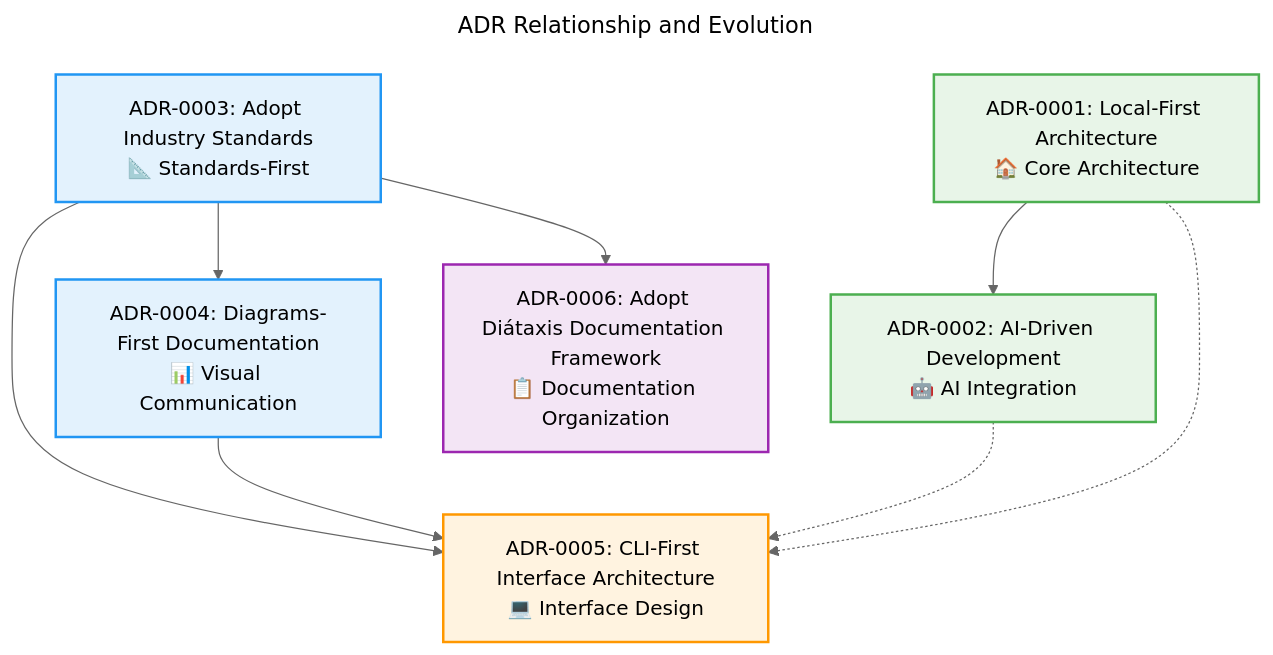
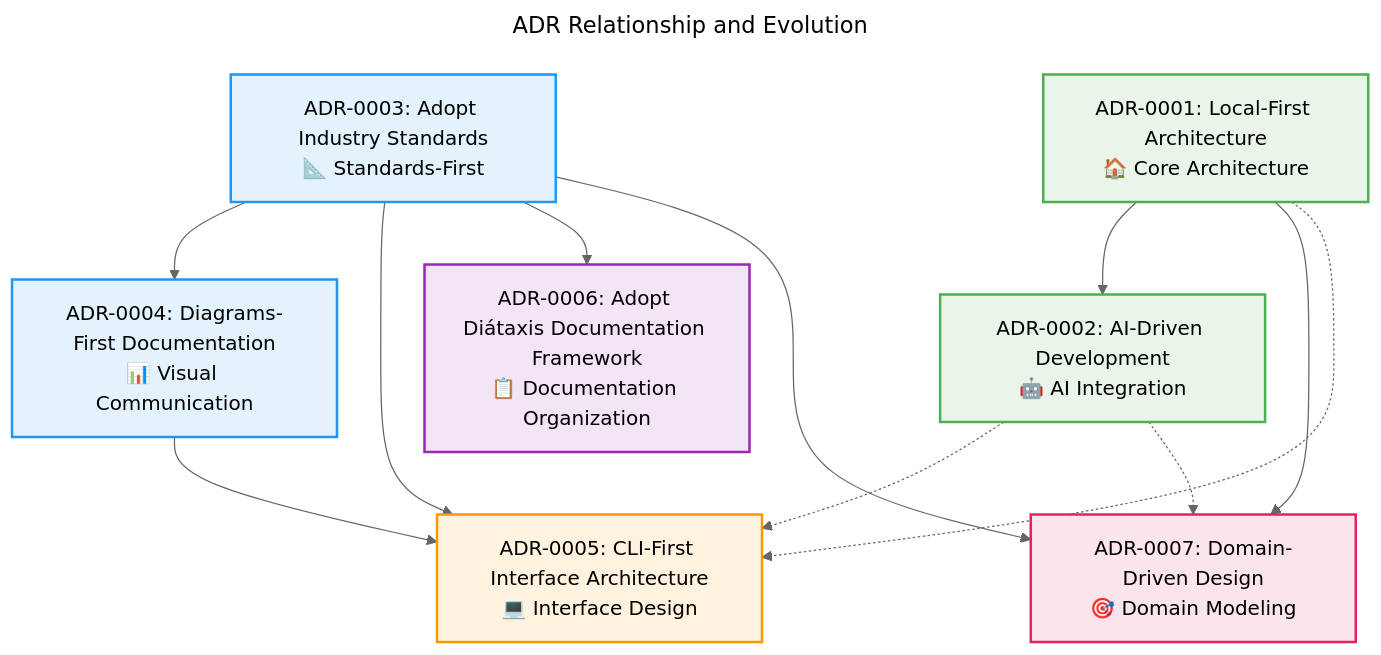
One commit to kamiazya/project-manager changed the second of 2 diagrams in docs/explanation/adr/README.md. Above: the diagram before and after it, drawn with Mermaid. The commit also changed other lines of this file and 128 other files, not shown here.

````diff
--- a/docs/explanation/adr/README.md
+++ b/docs/explanation/adr/README.md
@@ -131,42 +131,50 @@
 ```mermaid
 ---
 title: ADR Relationship and Evolution
 ---
 %%{init: {"theme": "neutral", "themeVariables": {"primaryColor": "#4caf50", "primaryTextColor": "#2e7d32", "primaryBorderColor": "#2e7d32"}}}%%
 graph TD
     %% Foundation ADRs
     ADR_001[ADR-0001: Local-First Architecture<br/>🏠 Core Architecture]
 
     %% Standards and Principles
     ADR_002[ADR-0002: AI-Driven Development<br/>🤖 AI Integration]
     ADR_003[ADR-0003: Adopt Industry Standards<br/>📐 Standards-First]
 
     %% Implementation Approach
     ADR_004[ADR-0004: Diagrams-First Documentation<br/>📊 Visual Communication]
     ADR_005[ADR-0005: CLI-First Interface Architecture<br/>💻 Interface Design]
 
     %% Process and Organization
     ADR_006[ADR-0006: Adopt Diátaxis Documentation Framework<br/>📋 Documentation Organization]
 
+    %% Architecture Design
+    ADR_007[ADR-0007: Domain-Driven Design<br/>🎯 Domain Modeling]
+
     %% Dependencies
     ADR_003 --> ADR_004
     ADR_003 --> ADR_005
     ADR_001 --> ADR_002
     ADR_003 --> ADR_006
     ADR_004 --> ADR_005
+    ADR_001 --> ADR_007
+    ADR_003 --> ADR_007
 
     %% Influences (dotted lines)
     ADR_002 -.-> ADR_005
     ADR_001 -.-> ADR_005
+    ADR_002 -.-> ADR_007
 
     %% Styling
     classDef foundation fill:#e8f5e8,stroke:#4caf50,stroke-width:2px
     classDef standards fill:#e3f2fd,stroke:#2196f3,stroke-width:2px
     classDef implementation fill:#fff3e0,stroke:#ff9800,stroke-width:2px
     classDef process fill:#f3e5f5,stroke:#9c27b0,stroke-width:2px
+    classDef architecture fill:#fce4ec,stroke:#e91e63,stroke-width:2px
 
     class ADR_001,ADR_002 foundation
     class ADR_003,ADR_004 standards
     class ADR_005 implementation
     class ADR_006 process
+    class ADR_007 architecture
 ```
````
